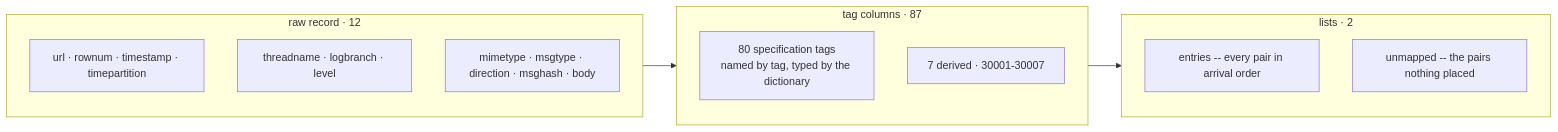
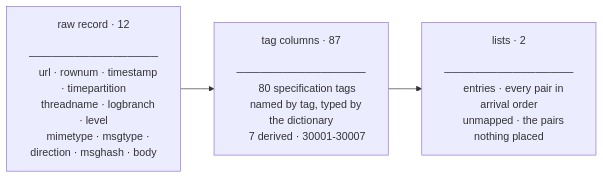
Before and after one commit to Platob/yggfin: the diagram in docs/products/fix-message.md, drawn with Mermaid. The commit also changed 1 other file, not shown here.

Commit message:
Lay the two layer diagrams out so their labels can be read
Both drew their layers as subgraphs, and mermaid ignores a subgraph's own
direction once an edge crosses its boundary -- so the members stacked whatever
was asked for, and the diagram was either a tall column or a wide strip of
unreadable text. Each layer is one node listing what it holds, three across.

Claude-Session: https://claude.ai/code/session_01MVNkF6EzsK3NkSfd4QZyAs

````diff
--- a/docs/products/fix-message.md
+++ b/docs/products/fix-message.md
@@ -8,20 +8,18 @@
 ```mermaid
 flowchart LR
-    subgraph R["raw record · 12"]
-        direction TB
-        R1[url · rownum · timestamp · timepartition]
-        R2[threadname · logbranch · level]
-        R3[mimetype · msgtype · direction · msghash · body]
-    end
-    subgraph T["tag columns · 87"]
-        direction TB
-        T1["80 specification tags<br/>named by tag, typed by the dictionary"]
-        T2["7 derived · 30001-30007"]
-    end
-    subgraph L["lists · 2"]
-        direction TB
-        L1[entries -- every pair in arrival order]
-        L2[unmapped -- the pairs nothing placed]
-    end
+    R["raw record · 12
+    ─────────────────
+    url · rownum · timestamp · timepartition
+    threadname · logbranch · level
+    mimetype · msgtype · direction · msghash · body"]
+    T["tag columns · 87
+    ─────────────────
+    80 specification tags
+    named by tag, typed by the dictionary
+    7 derived · 30001-30007"]
+    L["lists · 2
+    ─────────────────
+    entries · every pair in arrival order
+    unmapped · the pairs nothing placed"]
     R --> T --> L
 ```
````
